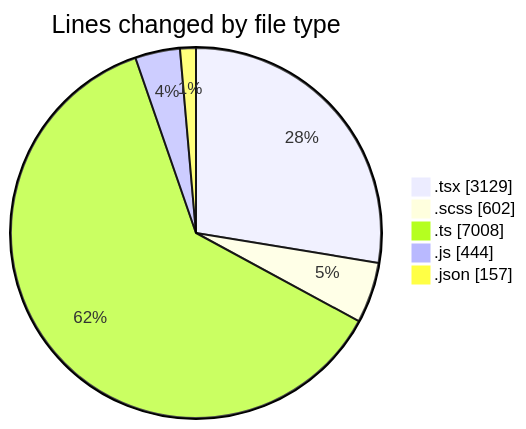
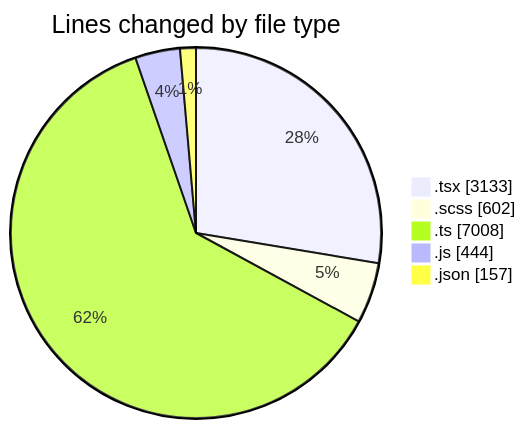
Before and after one commit to momahboobian/code-tracking: the first of 2 diagrams in 2026-04-23/cda/README.md, drawn with Mermaid. The commit also changed other lines of this file and 1 other file, not shown here.

````diff
--- a/2026-04-23/cda/README.md
+++ b/2026-04-23/cda/README.md
@@ -41,9 +41,9 @@
 ```mermaid
 pie showData
 title Lines changed by file type
-".tsx" : 3129
+".tsx" : 3133
 ".scss" : 602
 ".ts" : 7008
 ".js" : 444
 ".json" : 157
 ```
````
